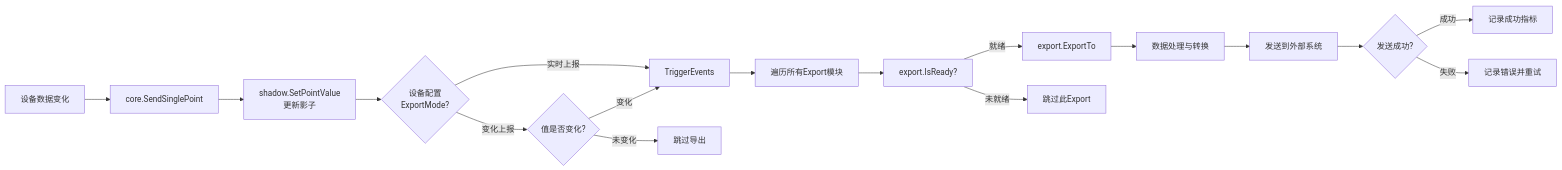
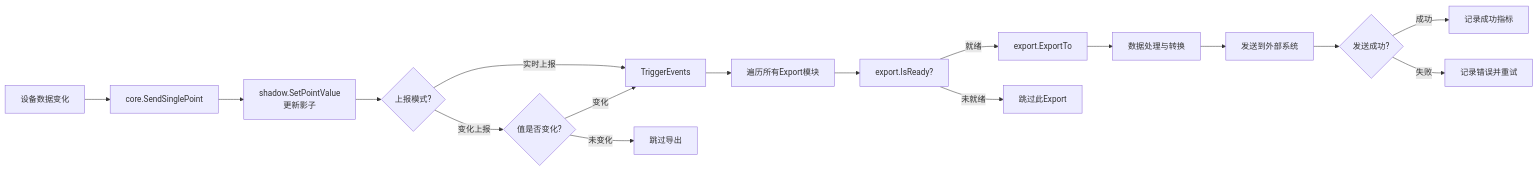
The sixth of 9 diagrams in pages/src/content/docs/concepts/architecture.mdx (ibuilding-X/driver-box), drawn with Mermaid before and after one commit. The commit also changed other lines of this file, not shown here.

First line of the commit message:
docs(architecture): 更新架构文档增加详细分层设计和流程说明

````diff
--- a/pages/src/content/docs/concepts/architecture.mdx
+++ b/pages/src/content/docs/concepts/architecture.mdx
@@ -230,19 +241,19 @@
 ```mermaid
 flowchart LR
     A[设备数据变化] --> B[core.SendSinglePoint]
     B --> C[shadow.SetPointValue<br/>更新影子]
-    C --> D{设备配置<br/>ExportMode?}
+    C --> D{上报模式?}
     D -->|实时上报| E[TriggerEvents]
     D -->|变化上报| F{值是否变化?}
     F -->|变化| E
     F -->|未变化| G[跳过导出]
     E --> H[遍历所有Export模块]
     H --> I[export.IsReady?]
     I -->|就绪| J[export.ExportTo]
     I -->|未就绪| K[跳过此Export]
     J --> L[数据处理与转换]
     L --> M[发送到外部系统]
     M --> N{发送成功?}
     N -->|成功| O[记录成功指标]
     N -->|失败| P[记录错误并重试]
 ```
````
